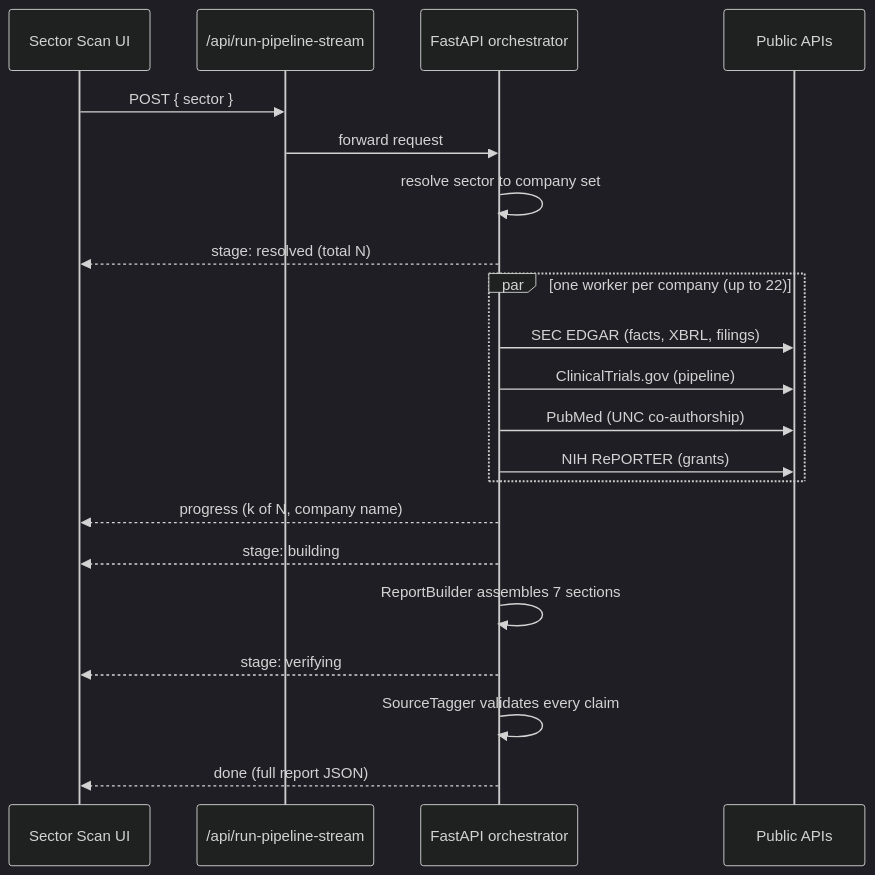
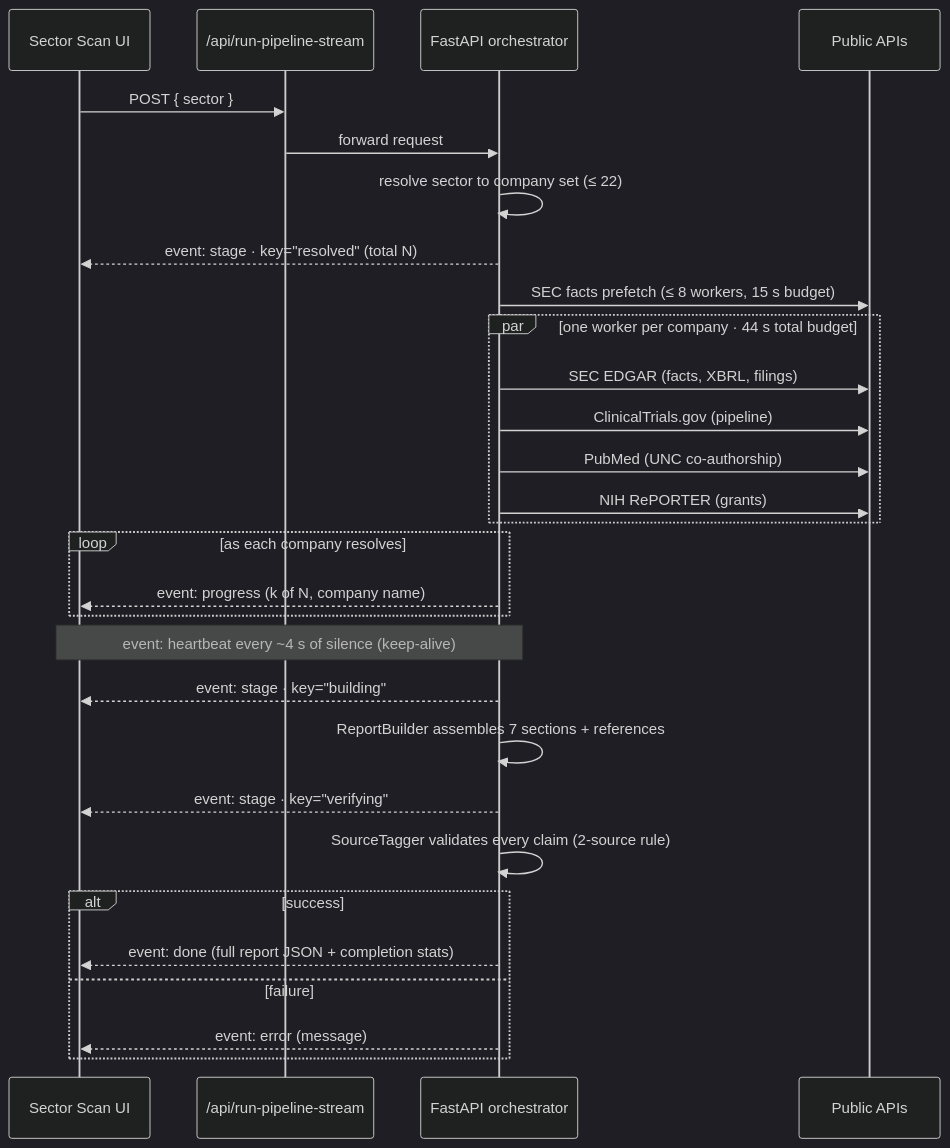
The sixth of 16 diagrams in README.md (AidanColvin/map-elt-research-graph-3), drawn with Mermaid (dark theme) before and after one commit. The commit also changed other lines of this file, not shown here.

First line of the commit message:
docs: accurate diagrams + fixes in README

````diff
--- a/README.md
+++ b/README.md
@@ -208,24 +252,32 @@
 ```mermaid
 sequenceDiagram
     participant UI as Sector Scan UI
     participant PX as /api/run-pipeline-stream
     participant OR as FastAPI orchestrator
     participant API as Public APIs
 
     UI->>PX: POST { sector }
     PX->>OR: forward request
-    OR->>OR: resolve sector to company set
-    OR-->>UI: stage: resolved (total N)
-    par one worker per company (up to 22)
+    OR->>OR: resolve sector to company set (≤ 22)
+    OR-->>UI: event: stage · key="resolved" (total N)
+    OR->>API: SEC facts prefetch (≤ 8 workers, 15 s budget)
+    par one worker per company · 44 s total budget
         OR->>API: SEC EDGAR (facts, XBRL, filings)
         OR->>API: ClinicalTrials.gov (pipeline)
         OR->>API: PubMed (UNC co-authorship)
         OR->>API: NIH RePORTER (grants)
     end
-    OR-->>UI: progress (k of N, company name)
-    OR-->>UI: stage: building
-    OR->>OR: ReportBuilder assembles 7 sections
-    OR-->>UI: stage: verifying
-    OR->>OR: SourceTagger validates every claim
-    OR-->>UI: done (full report JSON)
+    loop as each company resolves
+        OR-->>UI: event: progress (k of N, company name)
+    end
+    Note over OR,UI: event: heartbeat every ~4 s of silence (keep-alive)
+    OR-->>UI: event: stage · key="building"
+    OR->>OR: ReportBuilder assembles 7 sections + references
+    OR-->>UI: event: stage · key="verifying"
+    OR->>OR: SourceTagger validates every claim (2-source rule)
+    alt success
+        OR-->>UI: event: done (full report JSON + completion stats)
+    else failure
+        OR-->>UI: event: error (message)
+    end
 ```
````
